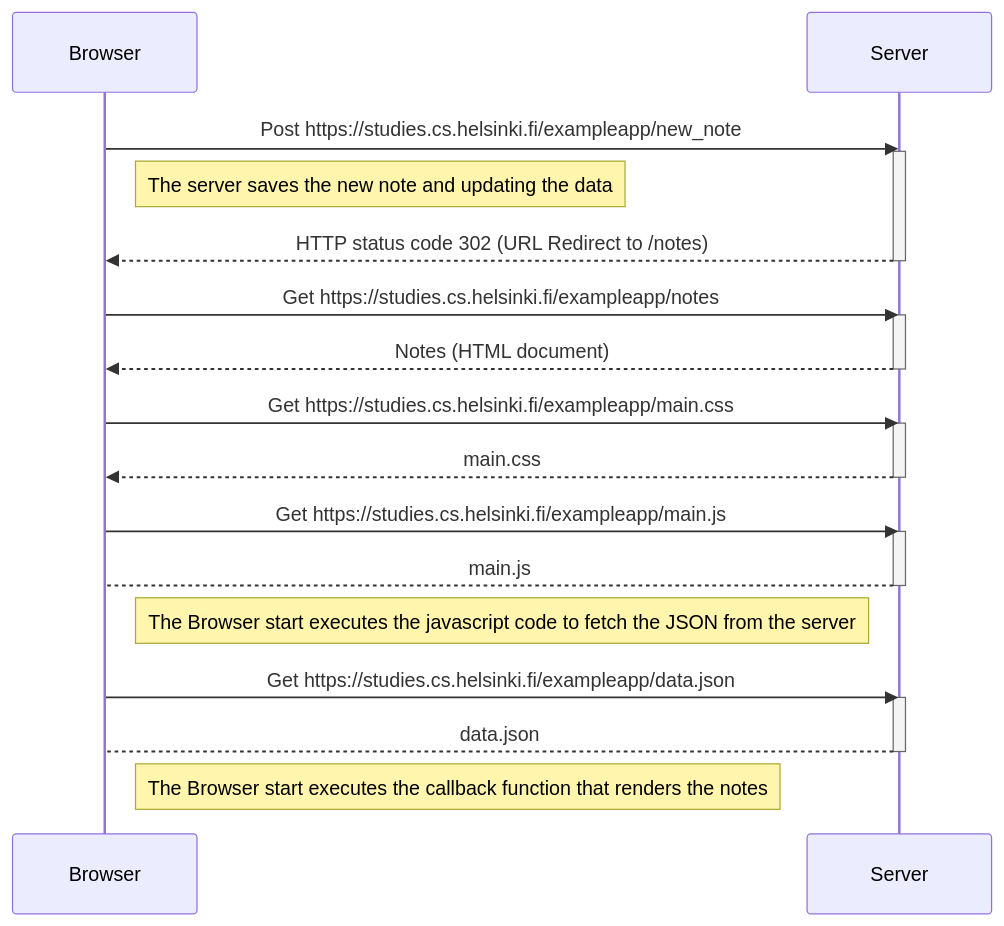
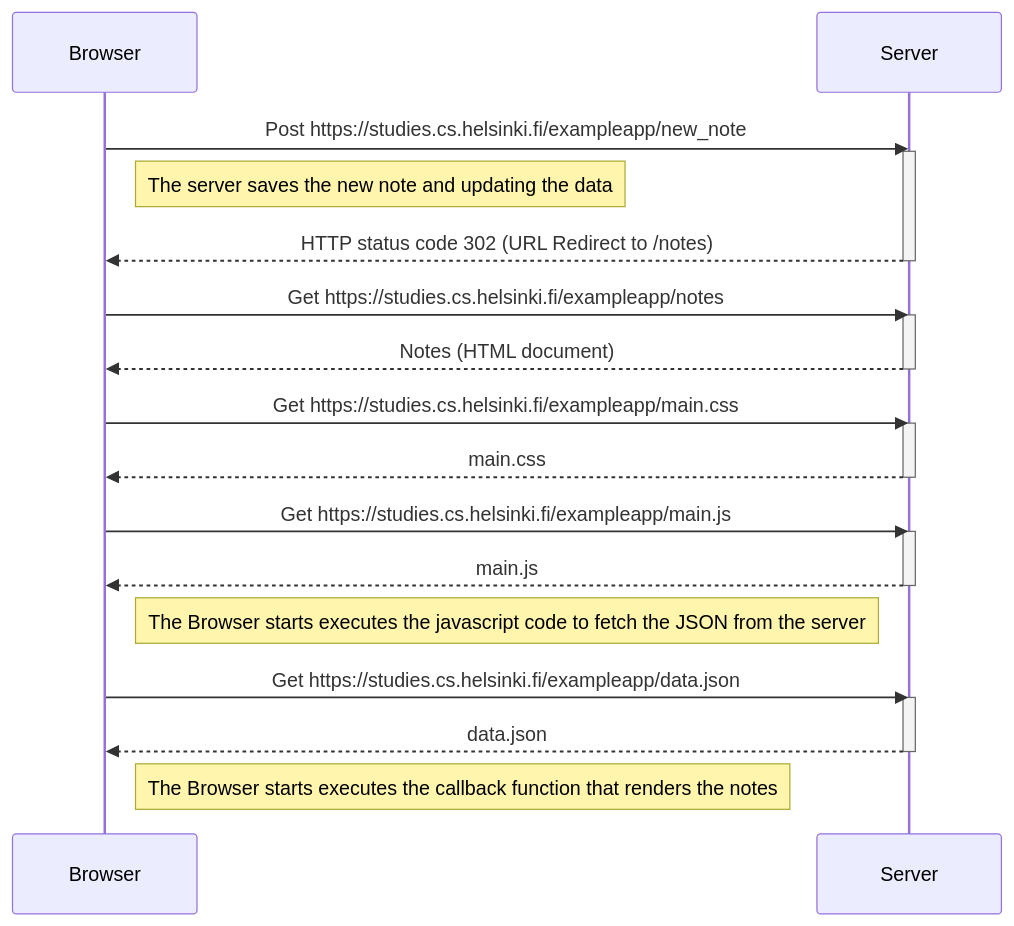
One commit to NajiRami/full-stack-open-tasks changed the diagram in part0/exercise4.md. Above: the diagram before and after it, drawn with Mermaid.

Commit message:
Exercise 4 solution

````diff
--- a/part0/exercise4.md
+++ b/part0/exercise4.md
@@ -5,35 +5,35 @@
 ```mermaid
   sequenceDiagram
   participant Browser
   participant Server
 
   Browser ->> Server: Post https://studies.cs.helsinki.fi/exampleapp/new_note
   activate Server
   Note right of Browser: The server saves the new note and updating the data
   Server -->> Browser: HTTP status code 302 (URL Redirect to /notes)
   deactivate Server
 
   Browser ->> Server: Get https://studies.cs.helsinki.fi/exampleapp/notes
   activate Server 
   Server -->> Browser: Notes (HTML document)
   deactivate Server
 
   Browser ->> Server: Get https://studies.cs.helsinki.fi/exampleapp/main.css
   activate Server
   Server -->> Browser: main.css
   deactivate Server
 
   Browser ->> Server: Get https://studies.cs.helsinki.fi/exampleapp/main.js
   activate Server
-  Server --> Browser: main.js
+  Server -->> Browser: main.js
   deactivate Server
 
-  Note right of Browser: The Browser start executes the javascript code to fetch the JSON from the server
+  Note right of Browser: The Browser starts executes the javascript code to fetch the JSON from the server
   
   Browser ->> Server: Get https://studies.cs.helsinki.fi/exampleapp/data.json
   activate Server
-  Server --> Browser: data.json
+  Server -->> Browser: data.json
   deactivate Server
 
-  Note right of Browser: The Browser start executes the callback function that renders the notes
+  Note right of Browser: The Browser starts executes the callback function that renders the notes
 ```
````
